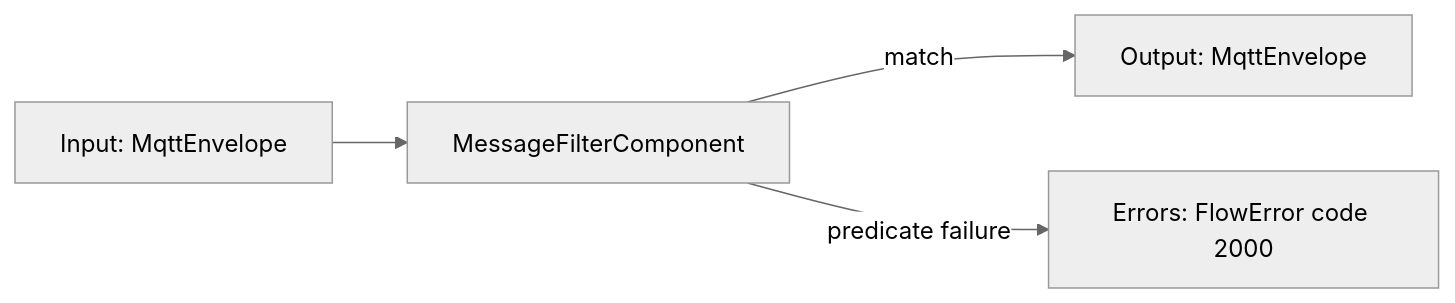
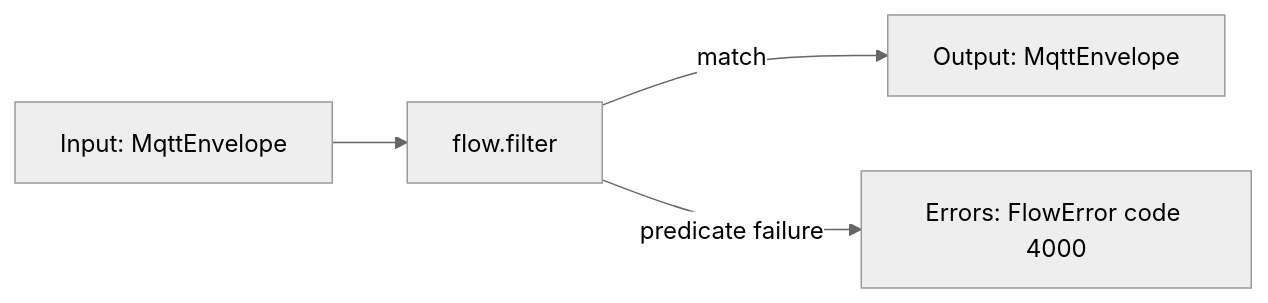
One commit to araxis/FluxMq changed the fifth of 19 diagrams in docs/flow-components.md. Above: the diagram before and after it, drawn with Mermaid (neutral theme). The commit also changed other lines of this file and 35 other files, not shown here.

````diff
--- a/docs/flow-components.md
+++ b/docs/flow-components.md
@@ -198,6 +198,6 @@
 ```mermaid
 flowchart LR
-    In["Input: MqttEnvelope"] --> Filter["MessageFilterComponent"]
+    In["Input: MqttEnvelope"] --> Filter["flow.filter"]
     Filter -->|match| Out["Output: MqttEnvelope"]
-    Filter -->|predicate failure| Errors["Errors: FlowError code 2000"]
+    Filter -->|predicate failure| Errors["Errors: FlowError code 4000"]
 ```
````
